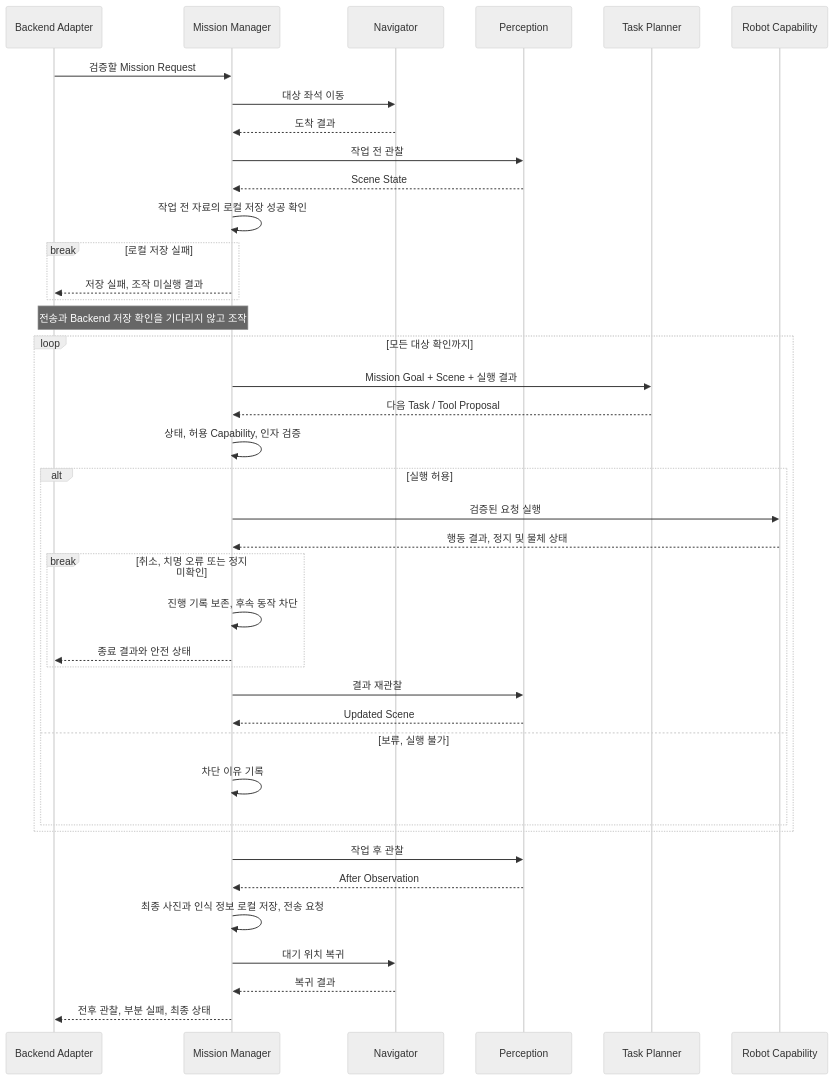
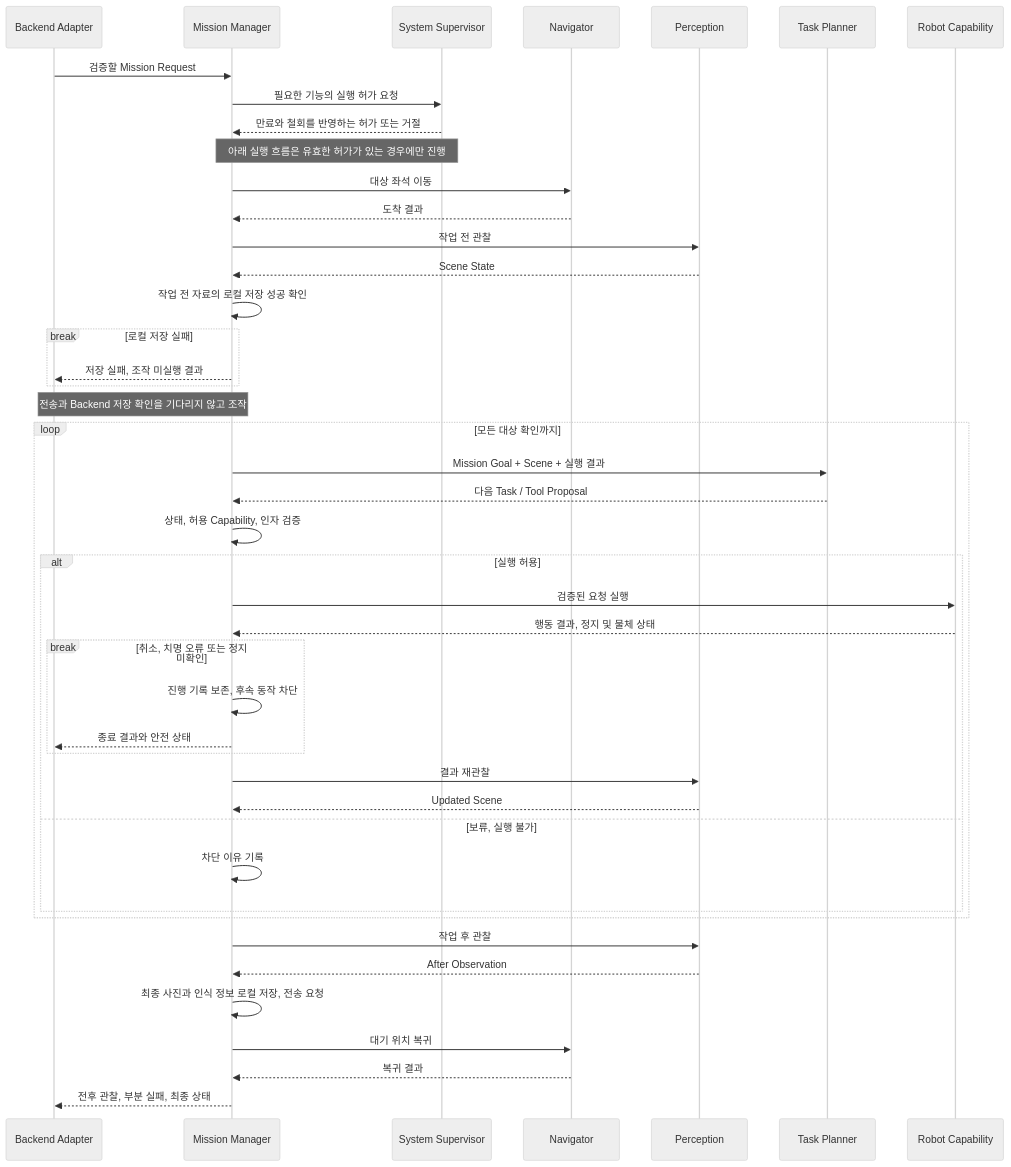
The diagram in 20_TECHNICAL/09 - Mission Lifecycle.md (asm17-moving-agent/cleany-docs), drawn with Mermaid (neutral theme) before and after one commit. The commit also changed other lines of this file and 13 other files, not shown here.

Commit message:
docs: define system supervisor responsibilities and safety boundaries

````diff
--- a/20_TECHNICAL/09 - Mission Lifecycle.md
+++ b/20_TECHNICAL/09 - Mission Lifecycle.md
@@ -15,45 +19,49 @@
 ```mermaid
 sequenceDiagram
     participant Control as Backend Adapter
     participant Mission as Mission Manager
+    participant Supervisor as System Supervisor
     participant Nav as Navigator
     participant Perception
     participant Planner as Task Planner
     participant Capability as Robot Capability
 
     Control->>Mission: 검증할 Mission Request
+    Mission->>Supervisor: 필요한 기능의 실행 허가 요청
+    Supervisor-->>Mission: 만료와 철회를 반영하는 허가 또는 거절
+    Note over Mission,Supervisor: 아래 실행 흐름은 유효한 허가가 있는 경우에만 진행
     Mission->>Nav: 대상 좌석 이동
     Nav-->>Mission: 도착 결과
     Mission->>Perception: 작업 전 관찰
     Perception-->>Mission: Scene State
     Mission->>Mission: 작업 전 자료의 로컬 저장 성공 확인
     break 로컬 저장 실패
         Mission-->>Control: 저장 실패, 조작 미실행 결과
     end
     Note over Mission, Control: 사진 전송과 Backend 저장 확인을 기다리지 않고 조작 진행
 
     loop 모든 대상 확인까지
         Mission->>Planner: Mission Goal + Scene + 실행 결과
         Planner-->>Mission: 다음 Task / Tool Proposal
         Mission->>Mission: 상태, 허용 Capability, 인자 검증
         alt 실행 허용
             Mission->>Capability: 검증된 요청 실행
             Capability-->>Mission: 행동 결과, 정지 및 물체 상태
             break 취소, 치명 오류 또는 정지 미확인
                 Mission->>Mission: 진행 기록 보존, 후속 동작 차단
                 Mission-->>Control: 종료 결과와 안전 상태
             end
             Mission->>Perception: 결과 재관찰
             Perception-->>Mission: Updated Scene
         else 보류, 실행 불가
             Mission->>Mission: 차단 이유 기록
         end
     end
 
     Mission->>Perception: 작업 후 관찰
     Perception-->>Mission: After Observation
     Mission->>Mission: 최종 사진과 인식 정보 로컬 저장, 전송 요청
     Mission->>Nav: 대기 위치 복귀
     Nav-->>Mission: 복귀 결과
     Mission-->>Control: 전후 관찰, 부분 실패, 최종 상태
 ```
````
